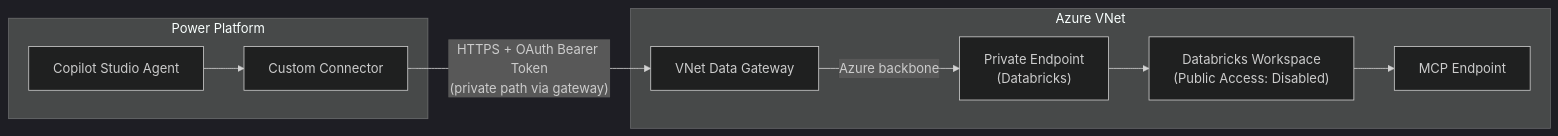
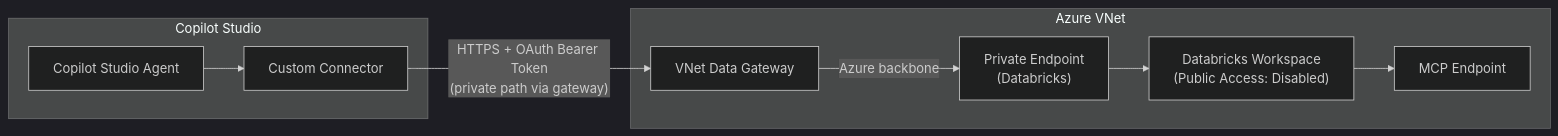
Before and after one commit to briangre/CopilotStudioVirtualNetworking: the diagram in docs/20-patterns/connectivity/pattern-private-end-to-end.md, drawn with Mermaid (dark theme). The commit also changed other lines of this file and 9 other files, not shown here.

First line of the commit message:
Remove Power Automate and Power Apps references; scope docs to Copilot Studio agents only (#9)

````diff
--- a/docs/20-patterns/connectivity/pattern-private-end-to-end.md
+++ b/docs/20-patterns/connectivity/pattern-private-end-to-end.md
@@ -9,18 +9,18 @@
 ```mermaid
 flowchart LR
-    subgraph PowerPlatform["Power Platform"]
+    subgraph PowerPlatform["Copilot Studio"]
         agent["Copilot Studio Agent"]
         connector["Custom Connector"]
     end
     subgraph Azure["Azure VNet"]
         gateway["VNet Data Gateway"]
         pe["Private Endpoint\n(Databricks)"]
         dbx["Databricks Workspace\n(Public Access: Disabled)"]
         mcp["MCP Endpoint"]
     end
     agent --> connector
     connector -- "HTTPS + OAuth Bearer Token\n(private path via gateway)" --> gateway
     gateway -- "Azure backbone" --> pe
     pe --> dbx
     dbx --> mcp
 ```
````
